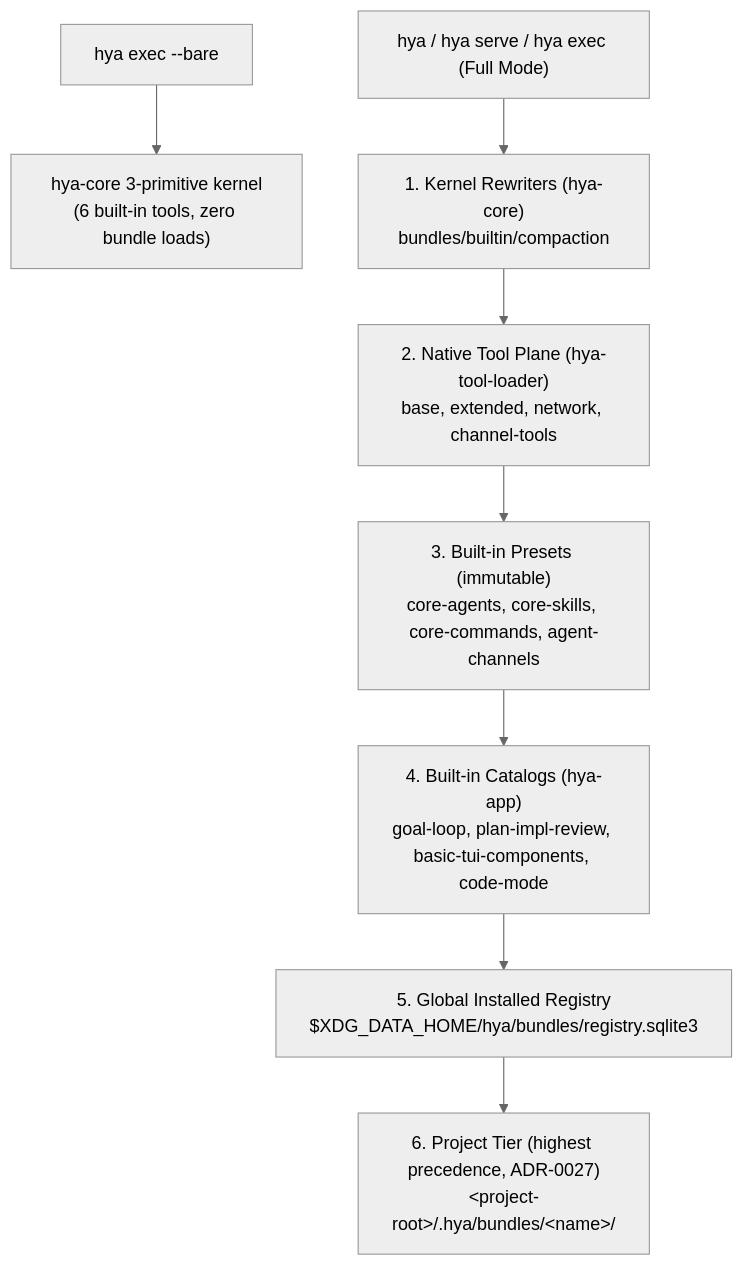
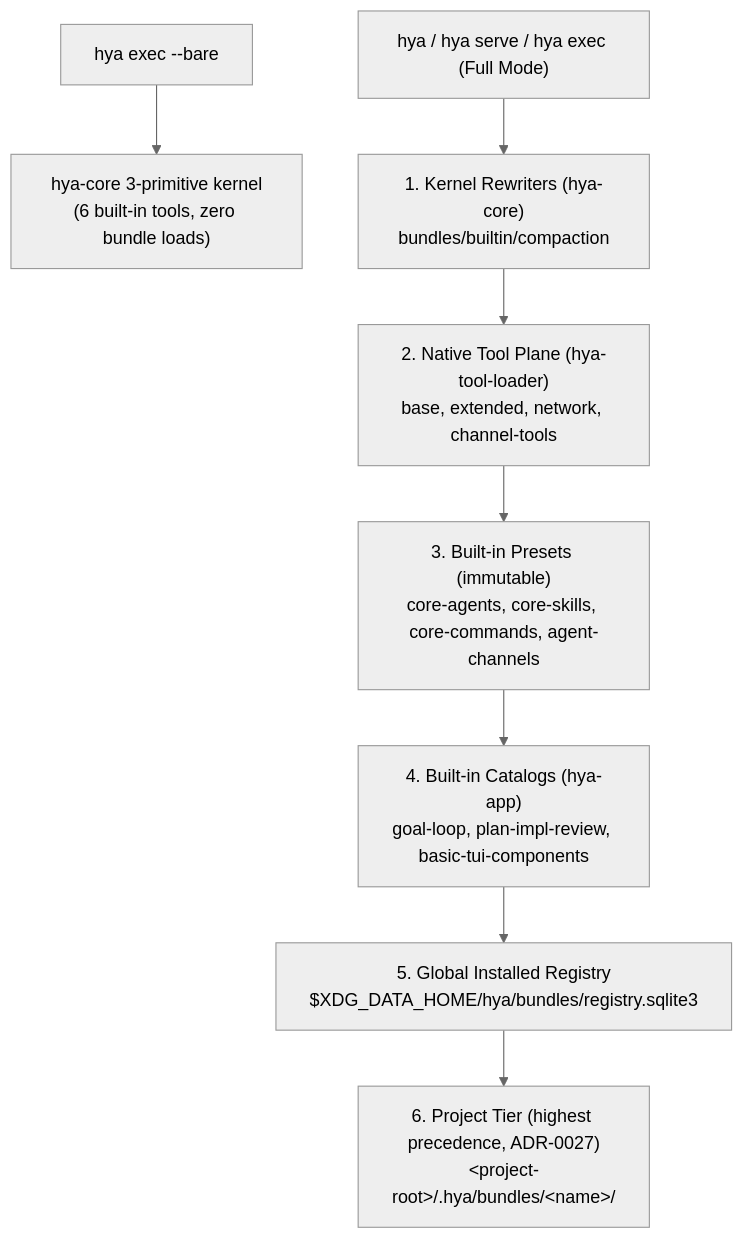
One commit to anyin233/hya changed the diagram in docs/extend/hyabundle-spec.md. Above: the diagram before and after it, drawn with Mermaid (neutral theme). The commit also changed other lines of this file and 38 other files, not shown here.

Commit message:
feat(app): promote skill tool and code-mode runtime into hya-bare core

````diff
--- a/docs/extend/hyabundle-spec.md
+++ b/docs/extend/hyabundle-spec.md
@@ -465,11 +464,11 @@
 ```mermaid
 flowchart TD
     Bare["hya exec --bare"] --> KernelOnly["hya-core 3-primitive kernel<br/>(6 built-in tools, zero bundle loads)"]
 
     Full["hya / hya serve / hya exec (Full Mode)"] --> L1["1. Kernel Rewriters (hya-core)<br/>bundles/builtin/compaction"]
     L1 --> L2["2. Native Tool Plane (hya-tool-loader)<br/>base, extended, network, channel-tools"]
     L2 --> L3["3. Built-in Presets (immutable)<br/>core-agents, core-skills, core-commands, agent-channels"]
-    L3 --> L4["4. Built-in Catalogs (hya-app)<br/>goal-loop, plan-impl-review, basic-tui-components, code-mode"]
+    L3 --> L4["4. Built-in Catalogs (hya-app)<br/>goal-loop, plan-impl-review, basic-tui-components"]
     L4 --> L5["5. Global Installed Registry<br/>$XDG_DATA_HOME/hya/bundles/registry.sqlite3"]
     L5 --> L6["6. Project Tier (highest precedence, ADR-0027)<br/>&lt;project-root&gt;/.hya/bundles/&lt;name&gt;/"]
 ```
````
